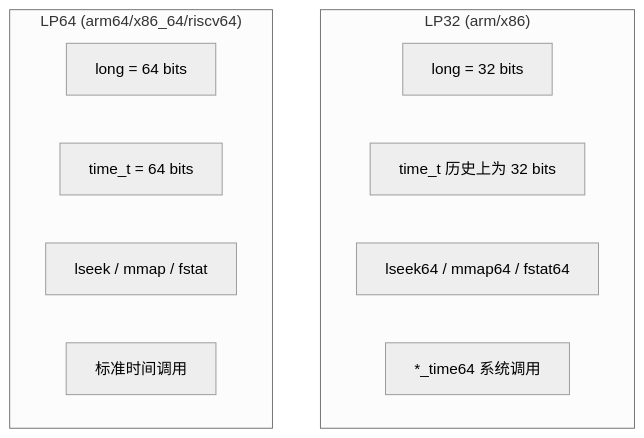
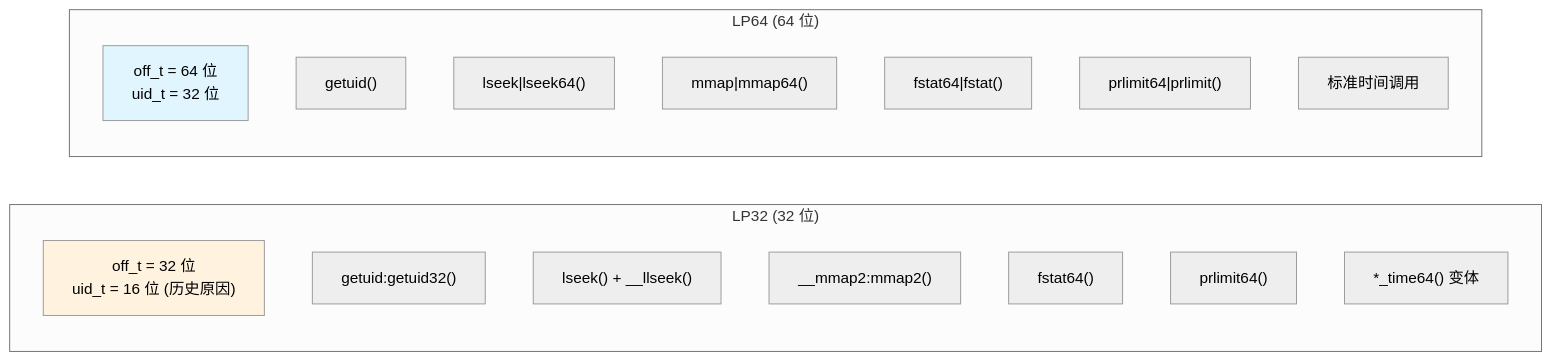
Before and after one commit to fwrite0920/aosp-internal-book: the fourth of 13 diagrams in 07-bionic-and-linker-zh.md, drawn with Mermaid (neutral theme). The commit also changed other lines of this file and 63 other files, not shown here.

````diff
--- a/07-bionic-and-linker-zh.md
+++ b/07-bionic-and-linker-zh.md
@@ -253,16 +576,25 @@
 ```mermaid
-graph TB
-    subgraph "LP32 (arm/x86)"
-        A1["long = 32 bits"]
-        A2["time_t 历史上为 32 bits"]
-        A3["lseek64 / mmap64 / fstat64"]
-        A4["*_time64 系统调用"]
+graph LR
+    subgraph "LP32 (32 位)"
+        A1["off_t = 32 位<br/>uid_t = 16 位 (历史原因)"]
+        A2["getuid:getuid32()"]
+        A3["lseek() + __llseek()"]
+        A4["__mmap2:mmap2()"]
+        A5["fstat64()"]
+        A6["prlimit64()"]
+        A7["*_time64() 变体"]
     end
 
-    subgraph "LP64 (arm64/x86_64/riscv64)"
-        B1["long = 64 bits"]
-        B2["time_t = 64 bits"]
-        B3["lseek / mmap / fstat"]
-        B4["标准时间调用"]
+    subgraph "LP64 (64 位)"
+        B1["off_t = 64 位<br/>uid_t = 32 位"]
+        B2["getuid()"]
+        B3["lseek|lseek64()"]
+        B4["mmap|mmap64()"]
+        B5["fstat64|fstat()"]
+        B6["prlimit64|prlimit()"]
+        B7["标准时间调用"]
     end
+
+    style A1 fill:#fff3e0
+    style B1 fill:#e1f5fe
 ```
````
